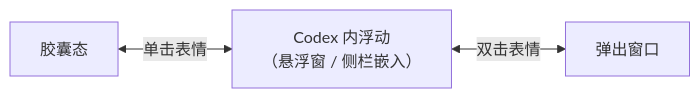
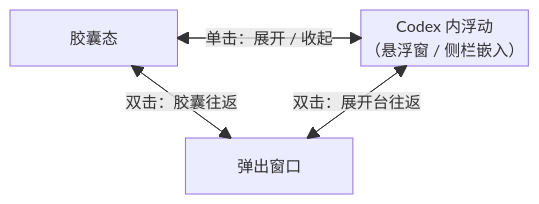
One commit to 0xTotoroX/codex-buddy changed the diagram in README.zh-CN.md. Above: the diagram before and after it, drawn with Mermaid. The commit also changed other lines of this file and 6 other files, not shown here.

Commit message:
fix(workbench): unify transparent tools and complete state diagrams

````diff
--- a/README.zh-CN.md
+++ b/README.zh-CN.md
@@ -44,6 +44,14 @@
 ```mermaid
-%%{init: {"flowchart": {"curve": "linear"}}}%%
-flowchart LR
-    capsule["胶囊态"] <-->|单击表情| inside["Codex 内浮动<br/>（悬浮窗 / 侧栏嵌入）"]
-    inside <-->|双击表情| popout["弹出窗口"]
+%%{init: {"themeCSS": ".edgeLabel span { background-color: Canvas; color: CanvasText; }"}}%%
+block-beta
+    columns 3
+    capsule["胶囊态"] space inside["Codex 内浮动<br/>（悬浮窗 / 侧栏嵌入）"]
+    space:3
+    space popout["弹出窗口"] space
+    inside --> capsule
+    popout --> capsule
+    popout --> inside
+    capsule -- "单击：展开 / 收起" --> inside
+    capsule -- "双击：胶囊往返" --> popout
+    inside -- "双击：展开台往返" --> popout
 ```
````
